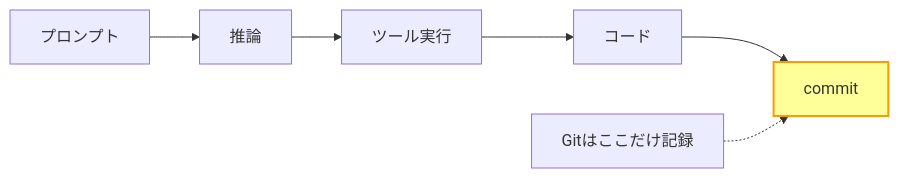
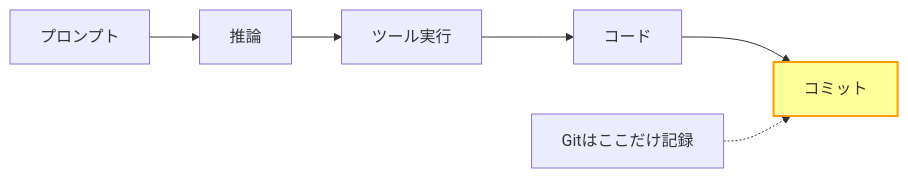
The second of 2 diagrams in articles/f14c01658cd157.md (135yshr/documents), drawn with Mermaid before and after one commit. The commit also changed other lines of this file, not shown here.

Commit message:
📝 address CodeRabbit review round 3
- Unify Mermaid diagram terminology (commit → コミット)
- Narrow LLM observation scope to Claude Code experience
- Align tense to past form (傾向がありました) consistently

Entire-Checkpoint: 44cb6f1c9eaf

````diff
--- a/articles/f14c01658cd157.md
+++ b/articles/f14c01658cd157.md
@@ -86,6 +86,6 @@
 ```mermaid
 graph LR
-    A[プロンプト] --> B[推論] --> C[ツール実行] --> D[コード] --> E[commit]
+    A[プロンプト] --> B[推論] --> C[ツール実行] --> D[コード] --> E[コミット]
     style E fill:#ff9,stroke:#f90,stroke-width:2px
     F[Gitはここだけ記録] -.-> E
 ```
````
